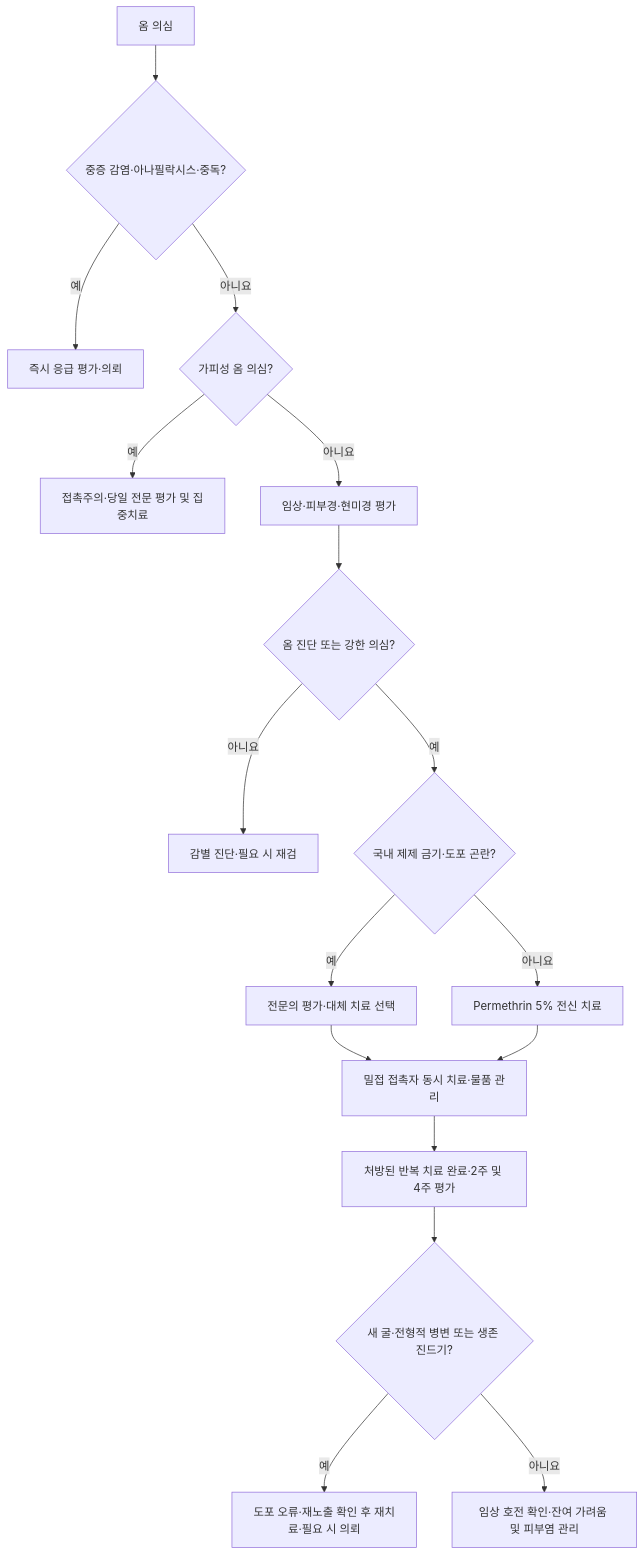
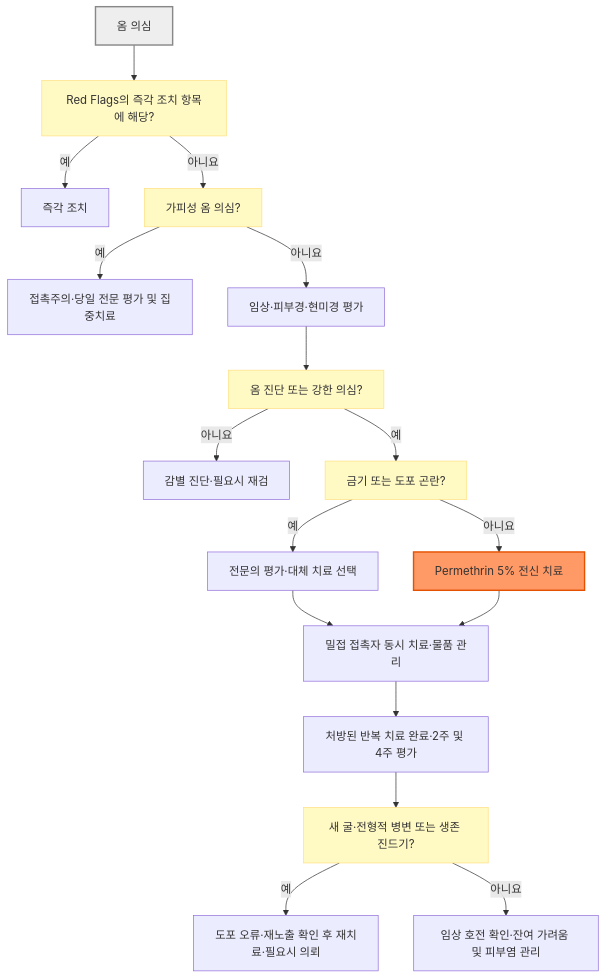
The diagram in 229_/184_-scabies.md (familyoh77/familyoh77), drawn with Mermaid before and after one commit. The commit also changed other lines of this file and 5 other files, not shown here.

````diff
--- a/229_/184_-scabies.md
+++ b/229_/184_-scabies.md
@@ -93,19 +95,24 @@
 ```mermaid
 graph TD
-    A["옴 의심"] --> B{"중증 감염·아나필락시스·중독?"}
-    B -->|"예"| C["즉시 응급 평가·의뢰"]
-    B -->|"아니요"| D{"가피성 옴 의심?"}
+    A["옴 의심"] --> B["Red Flags의 즉각 조치 항목에 해당?"]
+    B -->|"예"| C["즉각 조치"]
+    B -->|"아니요"| D["가피성 옴 의심?"]
     D -->|"예"| E["접촉주의·당일 전문 평가 및 집중치료"]
     D -->|"아니요"| F["임상·피부경·현미경 평가"]
-    F --> G{"옴 진단 또는 강한 의심?"}
-    G -->|"아니요"| H["감별 진단·필요 시 재검"]
-    G -->|"예"| I{"국내 제제 금기·도포 곤란?"}
+    F --> G["옴 진단 또는 강한 의심?"]
+    G -->|"아니요"| H["감별 진단·필요시 재검"]
+    G -->|"예"| I["금기 또는 도포 곤란?"]
     I -->|"예"| J["전문의 평가·대체 치료 선택"]
     I -->|"아니요"| K["Permethrin 5% 전신 치료"]
     J --> L["밀접 접촉자 동시 치료·물품 관리"]
     K --> L
     L --> M["처방된 반복 치료 완료·2주 및 4주 평가"]
-    M --> N{"새 굴·전형적 병변 또는 생존 진드기?"}
-    N -->|"예"| O["도포 오류·재노출 확인 후 재치료·필요 시 의뢰"]
+    M --> N["새 굴·전형적 병변 또는 생존 진드기?"]
+    N -->|"예"| O["도포 오류·재노출 확인 후 재치료·필요시 의뢰"]
     N -->|"아니요"| P["임상 호전 확인·잔여 가려움 및 피부염 관리"]
+
+    classDef question fill:#fff9c4,stroke:#ffe082
+    class B,D,G,I,N question
+    style A fill:#eeeeee,stroke:#888888,stroke-width:2px
+    style K fill:#f96,stroke:#e65100,stroke-width:2px
 ```
````
